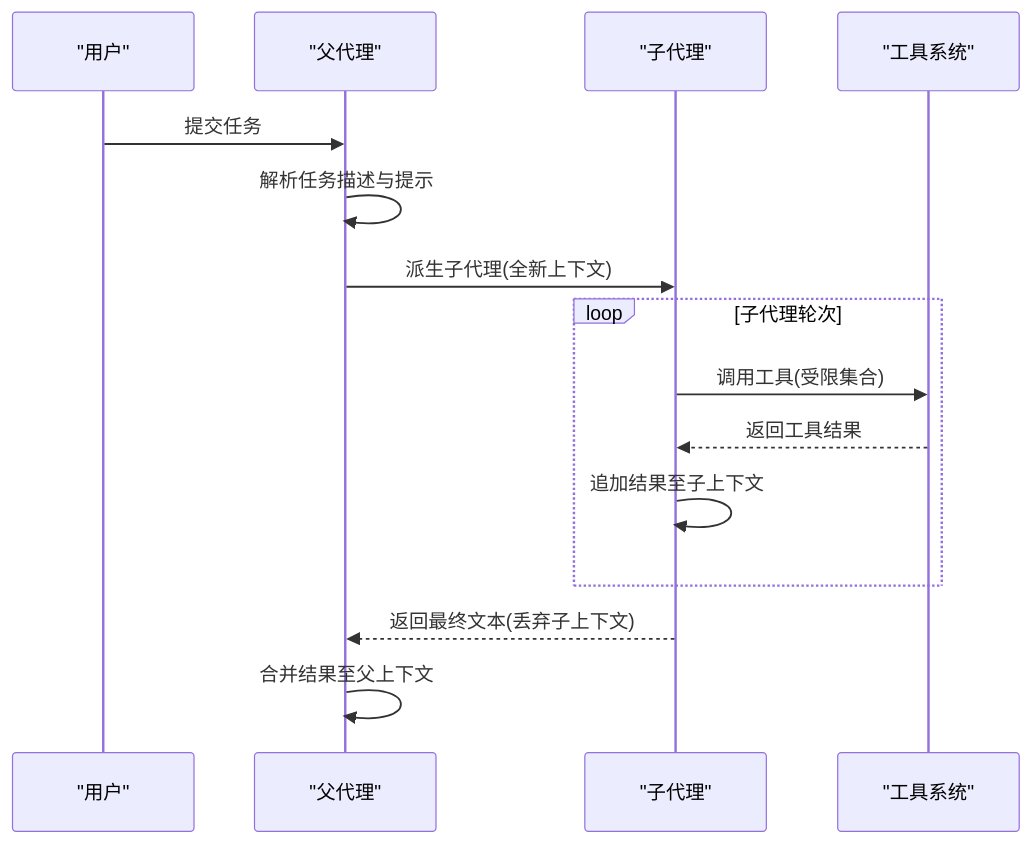
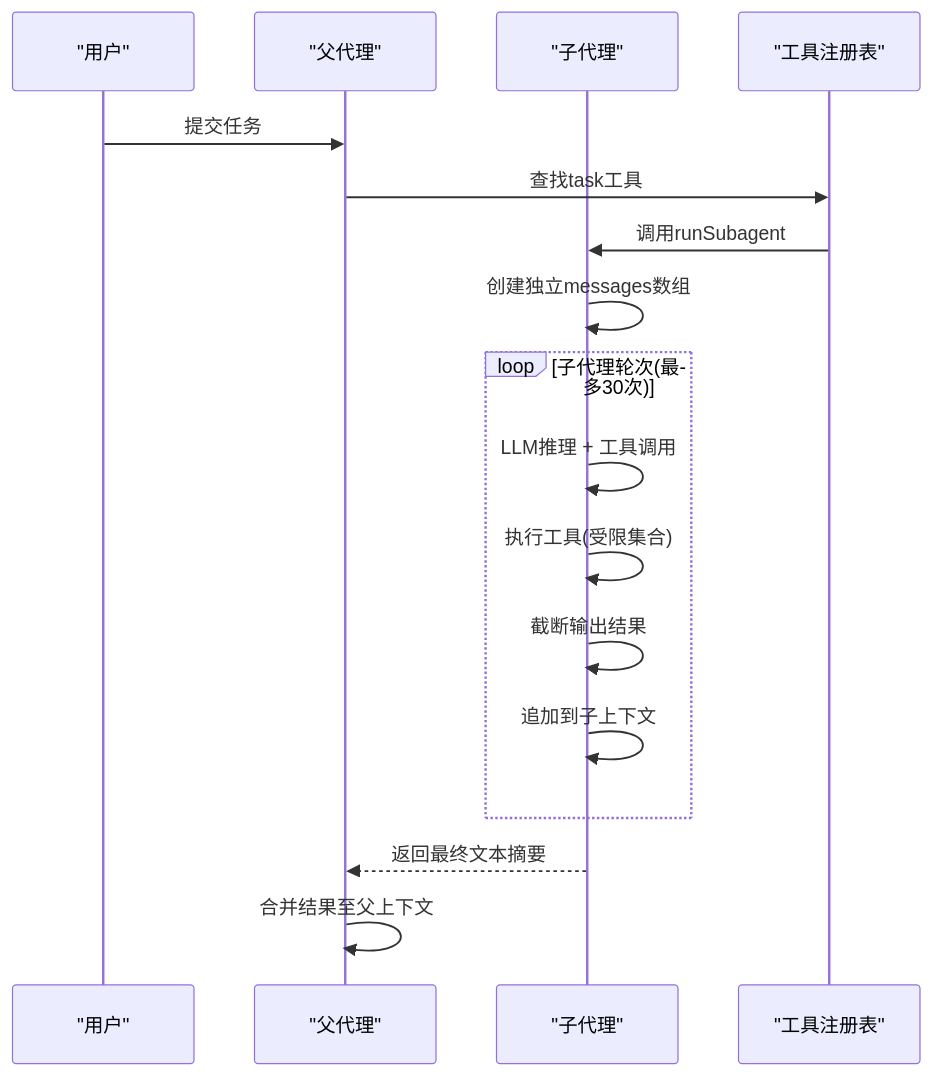
The third of 6 diagrams in .qoder/repowiki/zh/content/核心功能详解/上下文隔离架构.md (eurekaYYzero/Mini-Claude-Code), drawn with Mermaid before and after one commit. The commit also changed other lines of this file and 27 other files, not shown here.

````diff
--- a/.qoder/repowiki/zh/content/核心功能详解/上下文隔离架构.md
+++ b/.qoder/repowiki/zh/content/核心功能详解/上下文隔离架构.md
@@ -132,17 +137,19 @@
 ```mermaid
 sequenceDiagram
 participant U as "用户"
 participant P as "父代理"
 participant S as "子代理"
-participant T as "工具系统"
+participant TR as "工具注册表"
 U->>P : 提交任务
-P->>P : 解析任务描述与提示
-P->>S : 派生子代理(全新上下文)
-loop 子代理轮次
-S->>T : 调用工具(受限集合)
-T-->>S : 返回工具结果
-S->>S : 追加结果至子上下文
+P->>TR : 查找task工具
+TR->>S : 调用runSubagent
+S->>S : 创建独立messages数组
+loop 子代理轮次(最多30次)
+S->>S : LLM推理 + 工具调用
+S->>S : 执行工具(受限集合)
+S->>S : 截断输出结果
+S->>S : 追加到子上下文
 end
-S-->>P : 返回最终文本(丢弃子上下文)
+S-->>P : 返回最终文本摘要
 P->>P : 合并结果至父上下文
 ```
````
